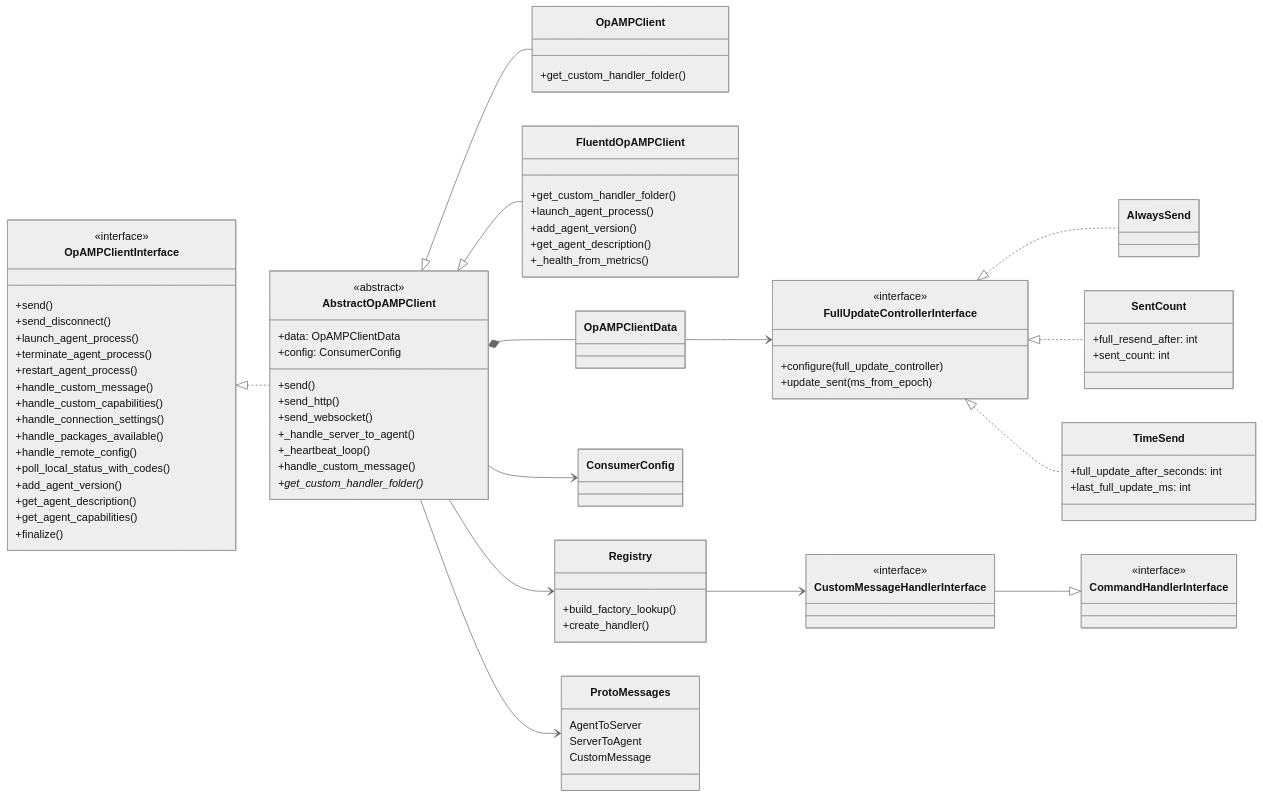
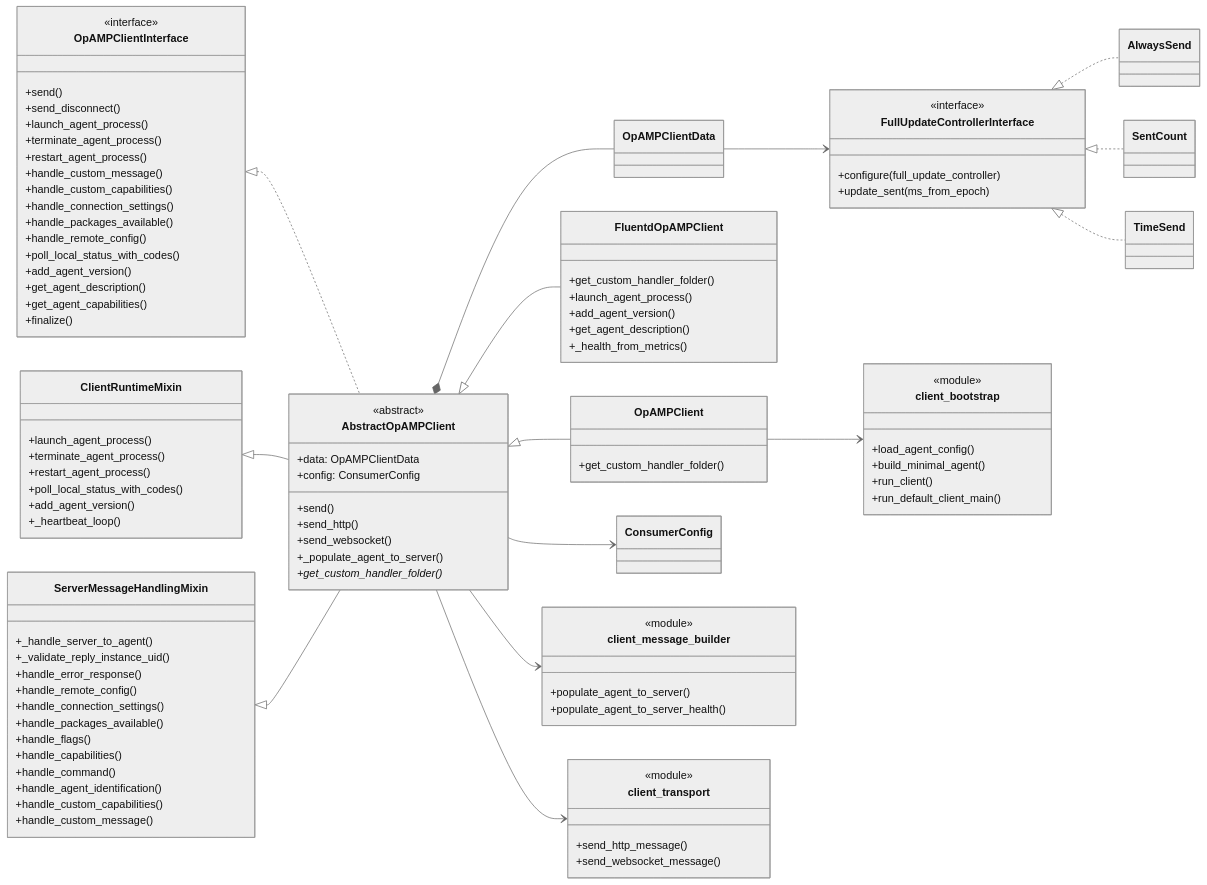
One commit to mp3monster/fluent-bit-opamp changed the first of 4 diagrams in docs/consumer_client_diagram.md. Above: the diagram before and after it, drawn with Mermaid (neutral theme). The commit also changed other lines of this file and 13 other files, not shown here.

Commit message:
Decomposed the client to more manageable pieces - updated docs and diagrams

````diff
--- a/docs/consumer_client_diagram.md
+++ b/docs/consumer_client_diagram.md
@@ -25,6 +27,30 @@
       +finalize()
     }
 
+    class ClientRuntimeMixin {
+      +launch_agent_process()
+      +terminate_agent_process()
+      +restart_agent_process()
+      +poll_local_status_with_codes()
+      +add_agent_version()
+      +_heartbeat_loop()
+    }
+
+    class ServerMessageHandlingMixin {
+      +_handle_server_to_agent()
+      +_validate_reply_instance_uid()
+      +handle_error_response()
+      +handle_remote_config()
+      +handle_connection_settings()
+      +handle_packages_available()
+      +handle_flags()
+      +handle_capabilities()
+      +handle_command()
+      +handle_agent_identification()
+      +handle_custom_capabilities()
+      +handle_custom_message()
+    }
+
     class AbstractOpAMPClient {
       <<abstract>>
       +data: OpAMPClientData
@@ -32,9 +58,7 @@
       +send()
       +send_http()
       +send_websocket()
-      +_handle_server_to_agent()
-      +_heartbeat_loop()
-      +handle_custom_message()
+      +_populate_agent_to_server()
       +get_custom_handler_folder()*
     }
 
@@ -58,31 +82,30 @@
       +update_sent(ms_from_epoch)
     }
     class AlwaysSend
-    class SentCount {
-      +full_resend_after: int
-      +sent_count: int
+    class SentCount
+    class TimeSend
+
+    class client_message_builder {
+      <<module>>
+      +populate_agent_to_server()
+      +populate_agent_to_server_health()
     }
-    class TimeSend {
-      +full_update_after_seconds: int
-      +last_full_update_ms: int
+    class client_transport {
+      <<module>>
+      +send_http_message()
+      +send_websocket_message()
     }
-    class CommandHandlerInterface {
-      <<interface>>
-    }
-    class CustomMessageHandlerInterface {
-      <<interface>>
-    }
-    class Registry {
-      +build_factory_lookup()
-      +create_handler()
-    }
-    class ProtoMessages {
-      AgentToServer
-      ServerToAgent
-      CustomMessage
+    class client_bootstrap {
+      <<module>>
+      +load_agent_config()
+      +build_minimal_agent()
+      +run_client()
+      +run_default_client_main()
     }
 
     OpAMPClientInterface <|.. AbstractOpAMPClient
+    ClientRuntimeMixin <|-- AbstractOpAMPClient
+    ServerMessageHandlingMixin <|-- AbstractOpAMPClient
     AbstractOpAMPClient <|-- OpAMPClient
     AbstractOpAMPClient <|-- FluentdOpAMPClient
 
@@ -93,9 +116,7 @@
     FullUpdateControllerInterface <|.. SentCount
     FullUpdateControllerInterface <|.. TimeSend
 
-    AbstractOpAMPClient --> Registry
-    Registry --> CustomMessageHandlerInterface
-    CustomMessageHandlerInterface --|> CommandHandlerInterface
-
-    AbstractOpAMPClient --> ProtoMessages
+    AbstractOpAMPClient --> client_message_builder
+    AbstractOpAMPClient --> client_transport
+    OpAMPClient --> client_bootstrap
 ```
````
